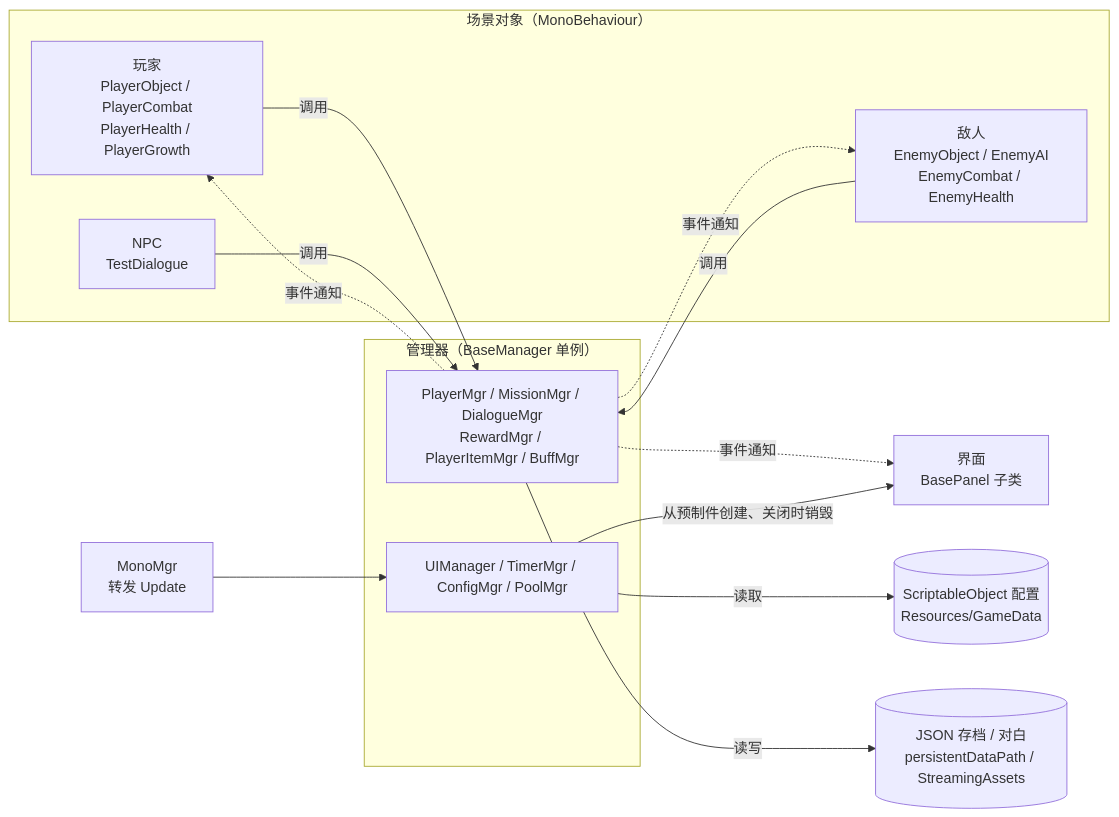
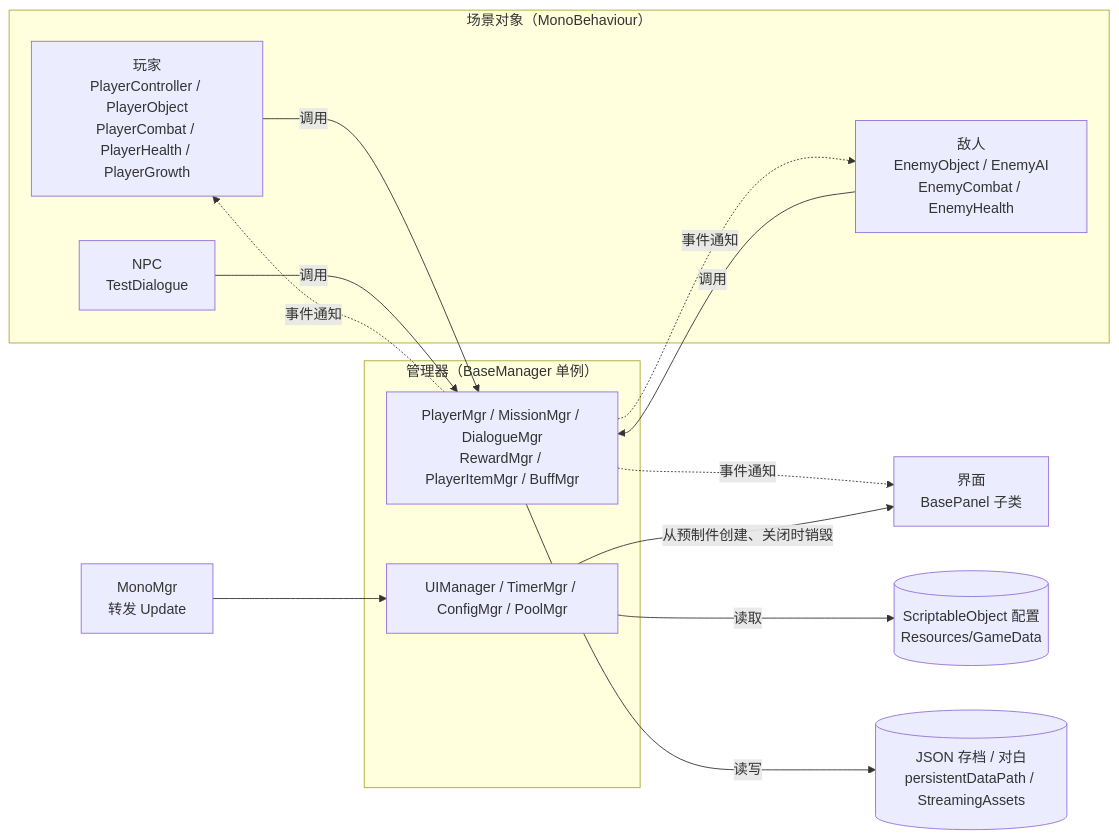
Before and after one commit to CyreneMine/AstralEchoes-ARPG: the first of 2 diagrams in README.md, drawn with Mermaid. The commit also changed other lines of this file and 5 other files, not shown here.

````diff
--- a/README.md
+++ b/README.md
@@ -30,27 +30,27 @@
 ```mermaid
 flowchart LR
     subgraph scene["场景对象（MonoBehaviour）"]
-        player["玩家<br/>PlayerObject / PlayerCombat<br/>PlayerHealth / PlayerGrowth"]
+        player["玩家<br/>PlayerController / PlayerObject<br/>PlayerCombat / PlayerHealth / PlayerGrowth"]
         enemy["敌人<br/>EnemyObject / EnemyAI<br/>EnemyCombat / EnemyHealth"]
         npc["NPC<br/>TestDialogue"]
     end
     subgraph mgr["管理器（BaseManager 单例）"]
         game["PlayerMgr / MissionMgr / DialogueMgr<br/>RewardMgr / PlayerItemMgr / BuffMgr"]
         infra["UIManager / TimerMgr / ConfigMgr / PoolMgr"]
     end
     ui["界面<br/>BasePanel 子类"]
     mono["MonoMgr<br/>转发 Update"]
     so[("ScriptableObject 配置<br/>Resources/GameData")]
     json[("JSON 存档 / 对白<br/>persistentDataPath / StreamingAssets")]
 
     player -->|调用| game
     enemy -->|调用| game
     npc -->|调用| game
     game -.->|事件通知| player
     game -.->|事件通知| enemy
     game -.->|事件通知| ui
     infra -->|从预制件创建、关闭时销毁| ui
     mono --> infra
     infra -->|读取| so
     game -->|读写| json
 ```
````
